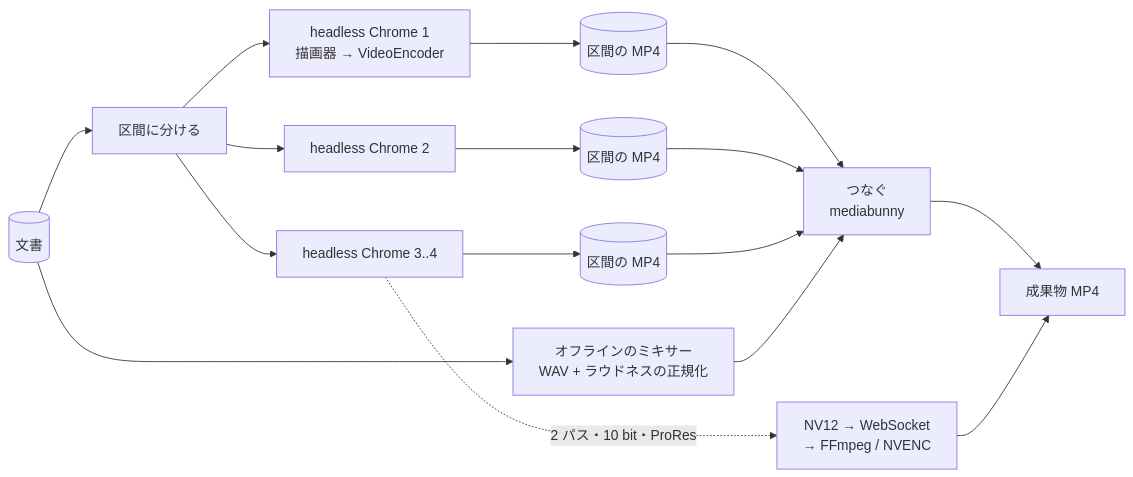
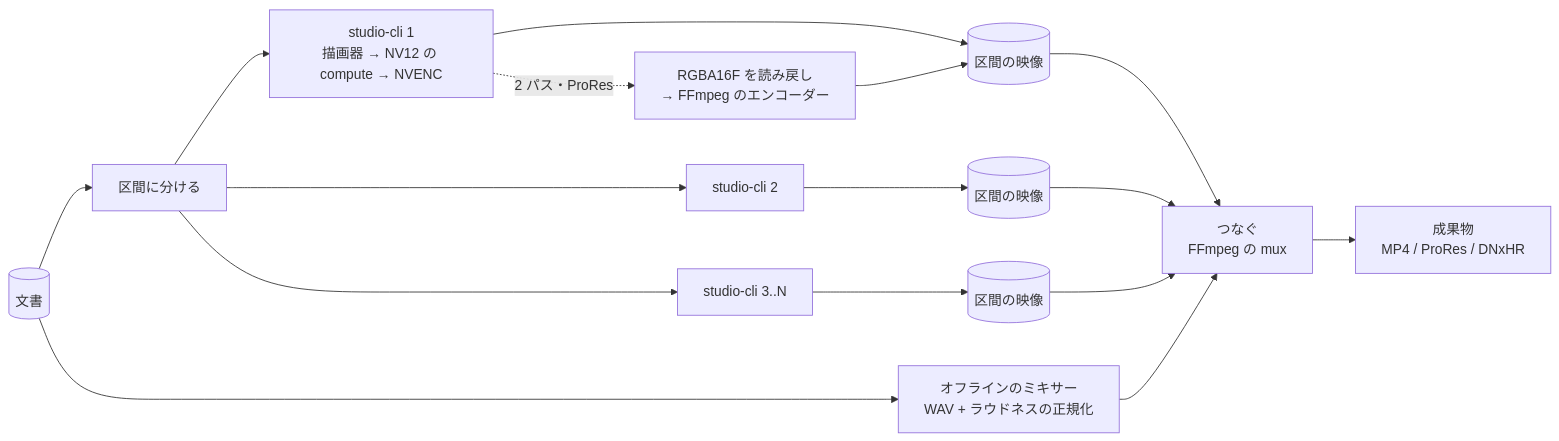
Before and after one commit to Durun/claude-marketplace: the third of 4 diagrams in studio/docs/design.md, drawn with Mermaid. The commit also changed other lines of this file, not shown here.

First line of the commit message:
docs(studio): 設計書を Rust のネイティブの描画器と Tauri の混成の UI の構成に書き直す

````diff
--- a/studio/docs/design.md
+++ b/studio/docs/design.md
@@ -426,16 +390,16 @@
 ```mermaid
 flowchart LR
   DOC[(文書)] --> SPLIT[区間に分ける]
-  SPLIT --> C1[headless Chrome 1<br>描画器 → VideoEncoder]
-  SPLIT --> C2[headless Chrome 2]
-  SPLIT --> C3[headless Chrome 3..4]
-  C1 --> SEG1[(区間の MP4)]
-  C2 --> SEG2[(区間の MP4)]
-  C3 --> SEG3[(区間の MP4)]
-  SEG1 & SEG2 & SEG3 --> JOIN[つなぐ<br>mediabunny]
+  SPLIT --> P1[studio-cli 1<br>描画器 → NV12 の compute → NVENC]
+  SPLIT --> P2[studio-cli 2]
+  SPLIT --> P3[studio-cli 3..N]
+  P1 --> SEG1[(区間の映像)]
+  P2 --> SEG2[(区間の映像)]
+  P3 --> SEG3[(区間の映像)]
+  SEG1 & SEG2 & SEG3 --> JOIN[つなぐ<br>FFmpeg の mux]
   DOC --> AUD[オフラインのミキサー<br>WAV + ラウドネスの正規化]
   AUD --> JOIN
-  JOIN --> OUT[成果物 MP4]
-  C3 -. 2 パス・10 bit・ProRes .-> FF[NV12 → WebSocket<br>→ FFmpeg / NVENC]
-  FF --> OUT
+  JOIN --> OUT[成果物<br>MP4 / ProRes / DNxHR]
+  P1 -. 2 パス・ProRes .-> FF[RGBA16F を読み戻し<br>→ FFmpeg のエンコーダー]
+  FF --> SEG1
 ```
````
